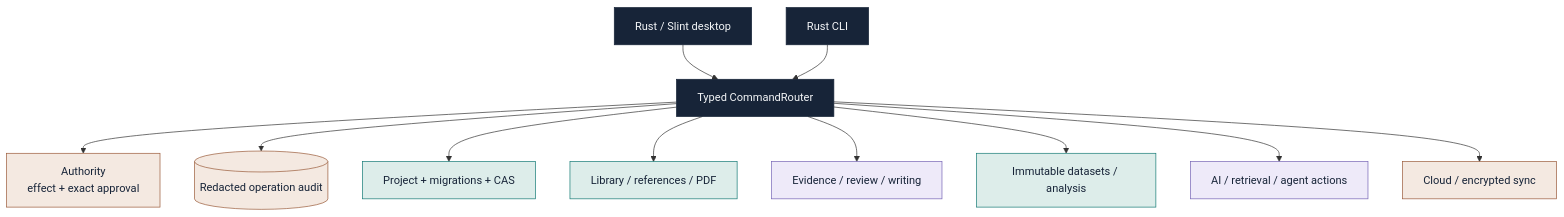
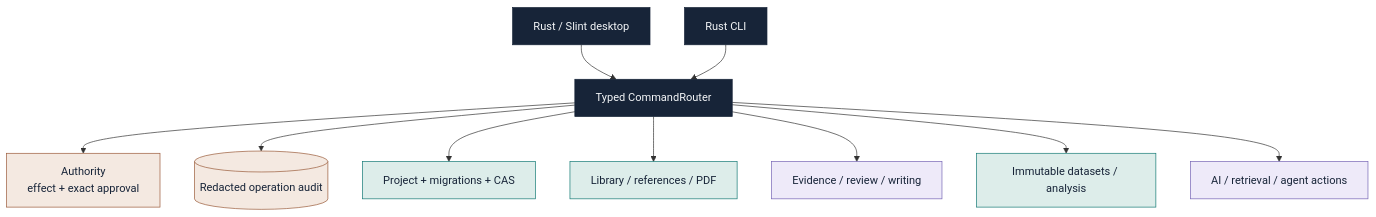
The second of 2 diagrams in README.md (aradmanamnaoon/researchweave), drawn with Mermaid before and after one commit. The commit also changed other lines of this file and 49 other files, not shown here.

Commit message:
Remove cloud sync and prepare local-only Rust v0.2.0 release

````diff
--- a/README.md
+++ b/README.md
@@ -248,34 +246,32 @@
 ```mermaid
 flowchart TB
     UI[Rust / Slint desktop]
     CLI[Rust CLI]
     ROUTER[Typed CommandRouter]
     AUTH[Authority<br/>effect + exact approval]
     AUDIT[(Redacted operation audit)]
     PROJECT[Project + migrations + CAS]
     LIB[Library / references / PDF]
     EVID[Evidence / review / writing]
     ANALYSIS[Immutable datasets / analysis]
     AI[AI / retrieval / agent actions]
-    CLOUD[Cloud / encrypted sync]
 
     UI --> ROUTER
     CLI --> ROUTER
     ROUTER --> AUTH
     ROUTER --> AUDIT
     ROUTER --> PROJECT
     ROUTER --> LIB
     ROUTER --> EVID
     ROUTER --> ANALYSIS
     ROUTER --> AI
-    ROUTER --> CLOUD
 
     classDef ink fill:#172438,color:#F4F6F8,stroke:#172438;
     classDef teal fill:#DDEDEA,color:#172438,stroke:#147A75;
     classDef violet fill:#EEEAF9,color:#172438,stroke:#7564B5;
     classDef copper fill:#F4E9E1,color:#172438,stroke:#9A5B3A;
     class UI,CLI,ROUTER ink;
     class PROJECT,LIB,ANALYSIS teal;
     class EVID,AI violet;
-    class CLOUD,AUTH,AUDIT copper;
+    class AUTH,AUDIT copper;
 ```
````
